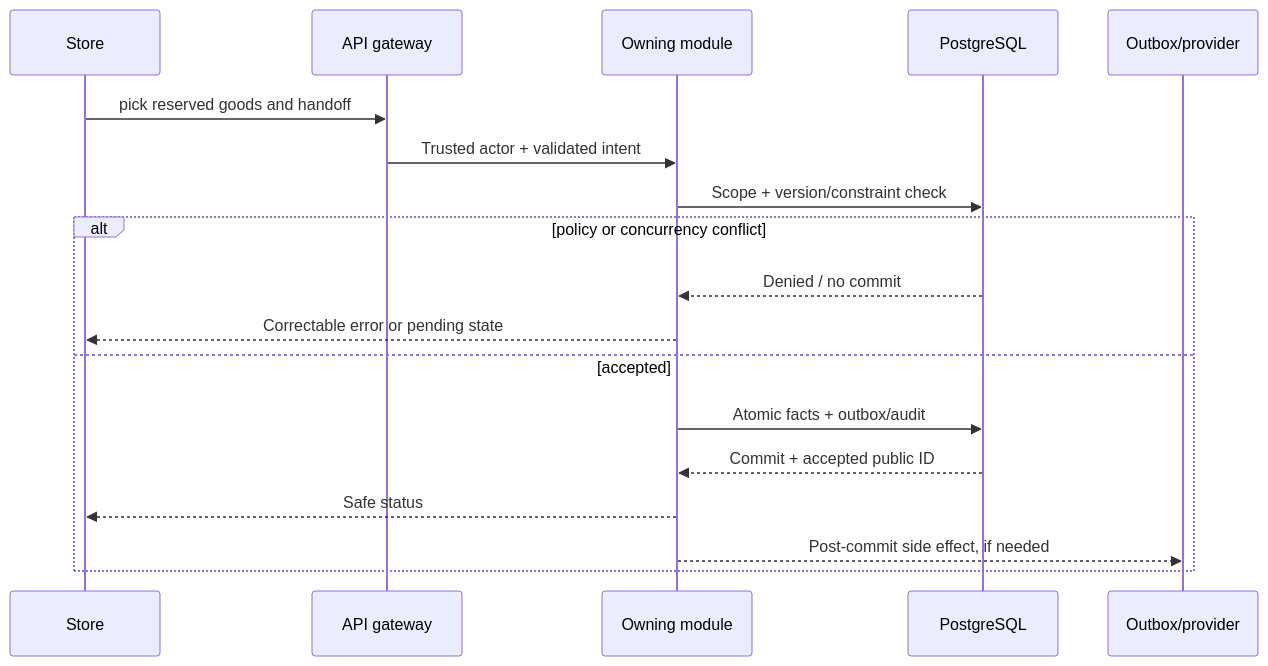
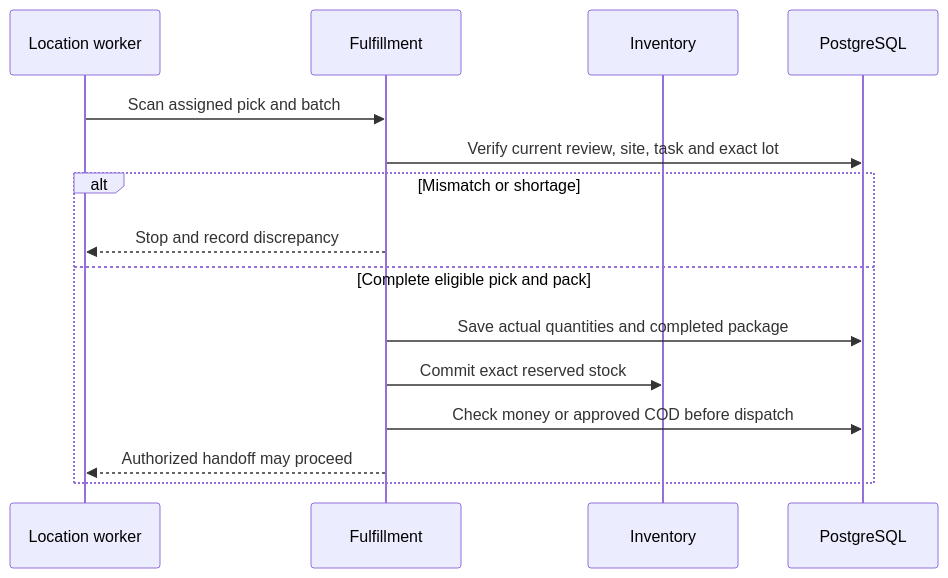
Before and after one commit to shiladityamajumder/pharmville-docs: the diagram in 06-Workflows/WF-007-Picking-Packing-and-Handoff.md, drawn with Mermaid. The commit also changed other lines of this file and 158 other files, not shown here.

Commit message:
docs: add business guides, fix Mermaid diagrams, improve traceability and automate validation

````diff
--- a/06-Workflows/WF-007-Picking-Packing-and-Handoff.md
+++ b/06-Workflows/WF-007-Picking-Packing-and-Handoff.md
@@ -31,20 +27,17 @@
 ```mermaid
 sequenceDiagram
-  participant A as Store
-  participant API as API gateway
-  participant O as Owning module
-  participant PG as PostgreSQL
-  participant P as Outbox/provider
-  A->>API: pick reserved goods and handoff
-  API->>O: Trusted actor + validated intent
-  O->>PG: Scope + version/constraint check
-  alt policy or concurrency conflict
-    PG-->>O: Denied / no commit
-    O-->>A: Correctable error or pending state
-  else accepted
-    O->>PG: Atomic facts + outbox/audit
-    PG-->>O: Commit + accepted public ID
-    O-->>A: Safe status
-    O-->>P: Post-commit side effect, if needed
+  participant C as Location worker
+  participant O as Fulfillment
+  participant S as Inventory
+  participant D as PostgreSQL
+  C->>O: Scan assigned pick and batch
+  O->>D: Verify current review, site, task and exact lot
+  alt Mismatch or shortage
+    O-->>C: Stop and record discrepancy
+  else Complete eligible pick and pack
+    O->>D: Save actual quantities and completed package
+    O->>S: Commit exact reserved stock
+    O->>D: Check money or approved COD before dispatch
+    O-->>C: Authorized handoff may proceed
   end
 ```
````
